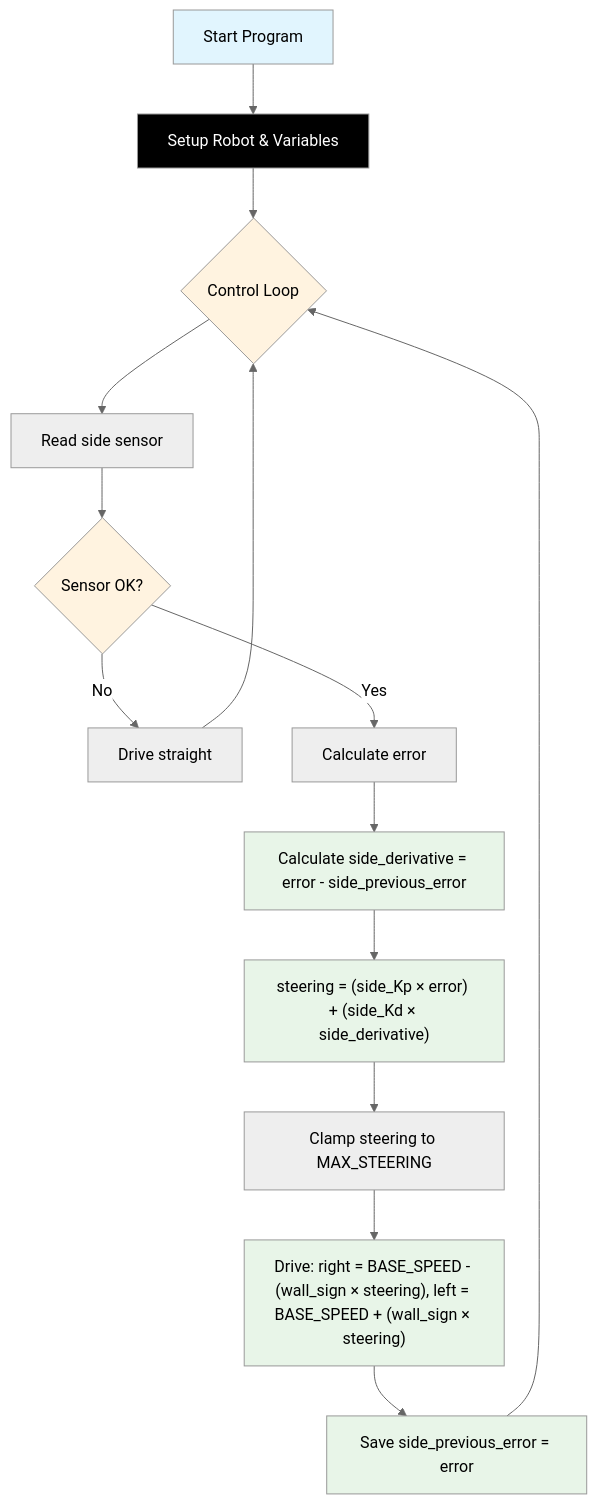
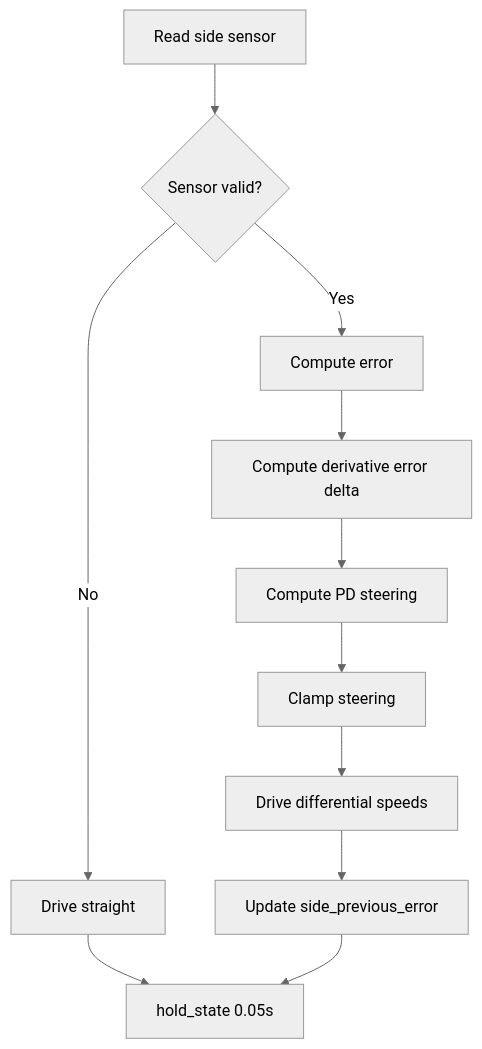
One commit to TempeHS/RP2040_Competition_Robot changed the diagram in docs/Challenge_2.md. Above: the diagram before and after it, drawn with Mermaid (neutral theme). The commit also changed other lines of this file and 14 other files, not shown here.

````diff
--- a/docs/Challenge_2.md
+++ b/docs/Challenge_2.md
@@ -29,25 +48,13 @@
 ```mermaid
 flowchart TD
-    A[Start Program] --> B[Setup Robot & Variables]
-    B --> C{Control Loop}
-    C --> D[Read side sensor]
-    D --> E{Sensor OK?}
-    E -- No --> F[Drive straight]
-    F --> C
-    E -- Yes --> G[Calculate error]
-    G --> H["Calculate side_derivative = error - side_previous_error"]
-    H --> I["steering = (side_Kp × error) + (side_Kd × side_derivative)"]
-    I --> J[Clamp steering to MAX_STEERING]
-    J --> K["Drive: right = BASE_SPEED - (wall_sign × steering), left = BASE_SPEED + (wall_sign × steering)"]
-    K --> L["Save side_previous_error = error"]
-    L --> C
-
-    style A fill:#e1f5fe,color:#000000
-    style B fill:#000000,color:#ffffff
-    style C fill:#fff3e0,color:#000000
-    style E fill:#fff3e0,color:#000000
-    style H fill:#e8f5e8,color:#000000
-    style I fill:#e8f5e8,color:#000000
-    style K fill:#e8f5e8,color:#000000
-    style L fill:#e8f5e8,color:#000000
+    A[Read side sensor] --> B{Sensor valid?}
+    B -- No --> C[Drive straight]
+    C --> J[hold_state 0.05s]
+    B -- Yes --> D[Compute error]
+    D --> E[Compute derivative error delta]
+    E --> F[Compute PD steering]
+    F --> G[Clamp steering]
+    G --> H[Drive differential speeds]
+    H --> I[Update side_previous_error]
+    I --> J
 ```
````
